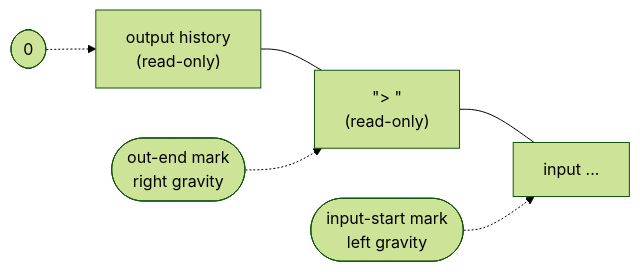
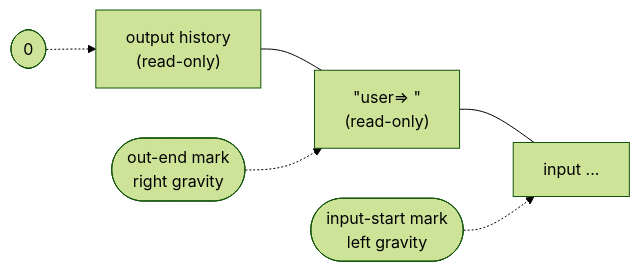
The second of 5 diagrams in docs/guide/architecture.md (b12n-oss/jonquil), drawn with Mermaid (forest theme) before and after one commit. The commit also changed other lines of this file and 26 other files, not shown here.

````diff
--- a/docs/guide/architecture.md
+++ b/docs/guide/architecture.md
@@ -98,7 +98,7 @@
 ```mermaid
 flowchart LR
-  hist["output history<br/>(read-only)"] --- prompt["#quot;> #quot;<br/>(read-only)"] --- input["input ..."]
+  hist["output history<br/>(read-only)"] --- prompt["#quot;user=> #quot;<br/>(read-only)"] --- input["input ..."]
   m0(["0"]) -.-> hist
   mout(["out-end mark<br/>right gravity"]) -.-> prompt
   min(["input-start mark<br/>left gravity"]) -.-> input
 ```
````
